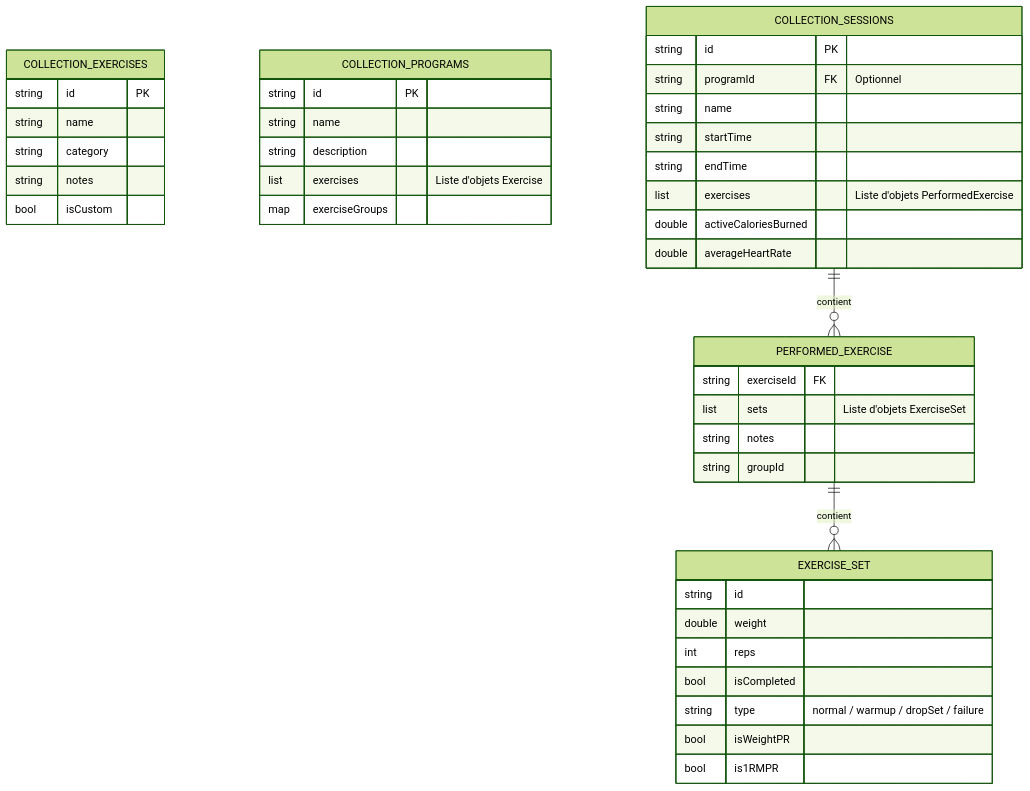
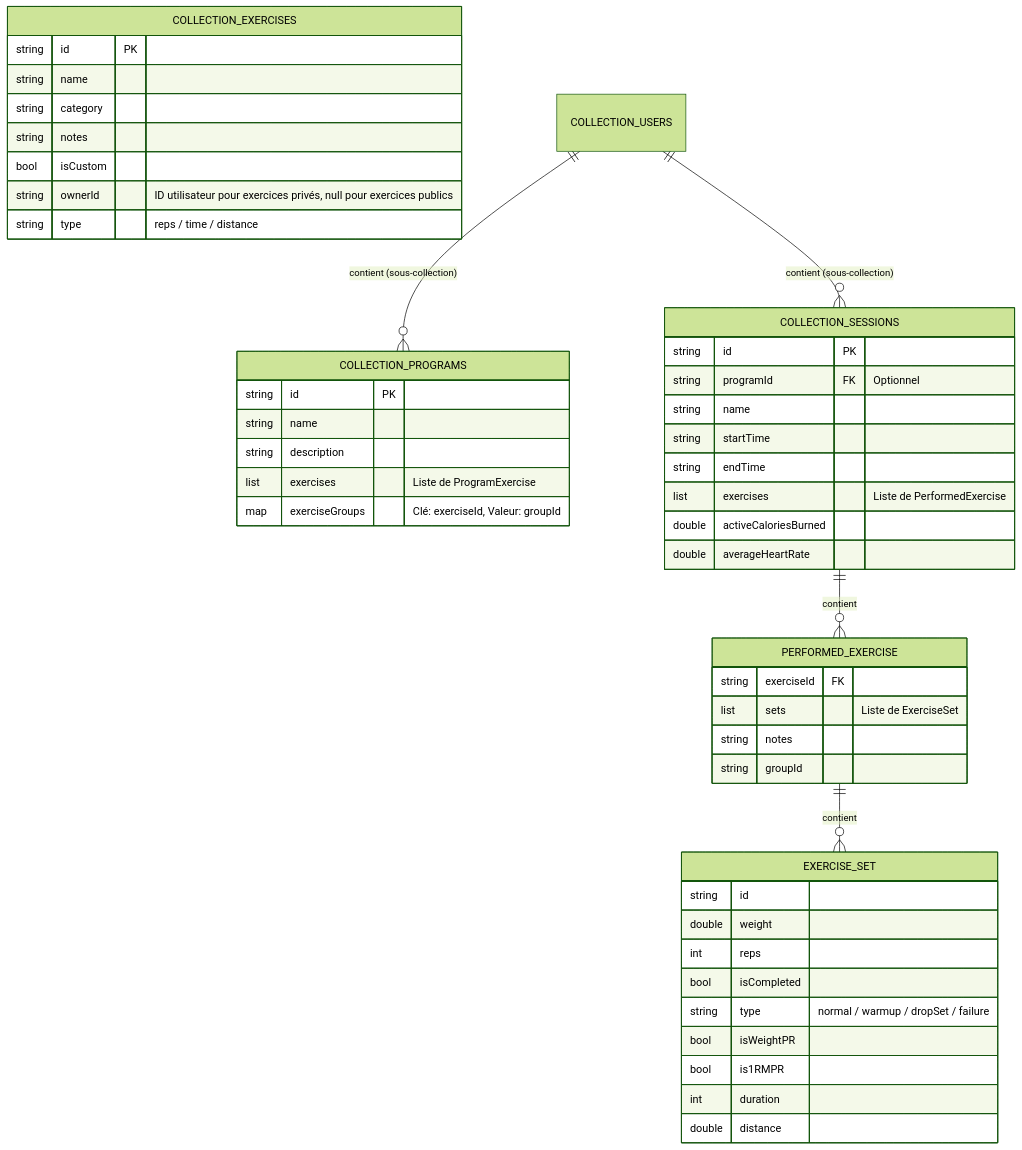
Before and after one commit to Loris2p/projetSport: the diagram in README.md, drawn with Mermaid (forest theme). The commit also changed other lines of this file and 6 other files, not shown here.

````diff
--- a/README.md
+++ b/README.md
@@ -19,49 +19,56 @@
 ```mermaid
 erDiagram
     COLLECTION_EXERCISES {
         string id PK
         string name
         string category
         string notes
         bool isCustom
+        string ownerId "ID utilisateur pour exercices privés, null pour exercices publics"
+        string type "reps / time / distance"
     }
+
+    COLLECTION_USERS ||--o{ COLLECTION_PROGRAMS : "contient (sous-collection)"
+    COLLECTION_USERS ||--o{ COLLECTION_SESSIONS : "contient (sous-collection)"
 
     COLLECTION_PROGRAMS {
         string id PK
         string name
         string description
-        list exercises "Liste d'objets Exercise"
-        map exerciseGroups
+        list exercises "Liste de ProgramExercise"
+        map exerciseGroups "Clé: exerciseId, Valeur: groupId"
     }
 
     COLLECTION_SESSIONS {
         string id PK
         string programId FK "Optionnel"
         string name
         string startTime
         string endTime
-        list exercises "Liste d'objets PerformedExercise"
+        list exercises "Liste de PerformedExercise"
         double activeCaloriesBurned
         double averageHeartRate
     }
 
     PERFORMED_EXERCISE {
         string exerciseId FK
-        list sets "Liste d'objets ExerciseSet"
+        list sets "Liste de ExerciseSet"
         string notes
         string groupId
     }
 
     EXERCISE_SET {
         string id
         double weight
         int reps
         bool isCompleted
         string type "normal / warmup / dropSet / failure"
         bool isWeightPR
         bool is1RMPR
+        int duration
+        double distance
     }
 
     COLLECTION_SESSIONS ||--o{ PERFORMED_EXERCISE : "contient"
     PERFORMED_EXERCISE ||--o{ EXERCISE_SET : "contient"
 ```
````
